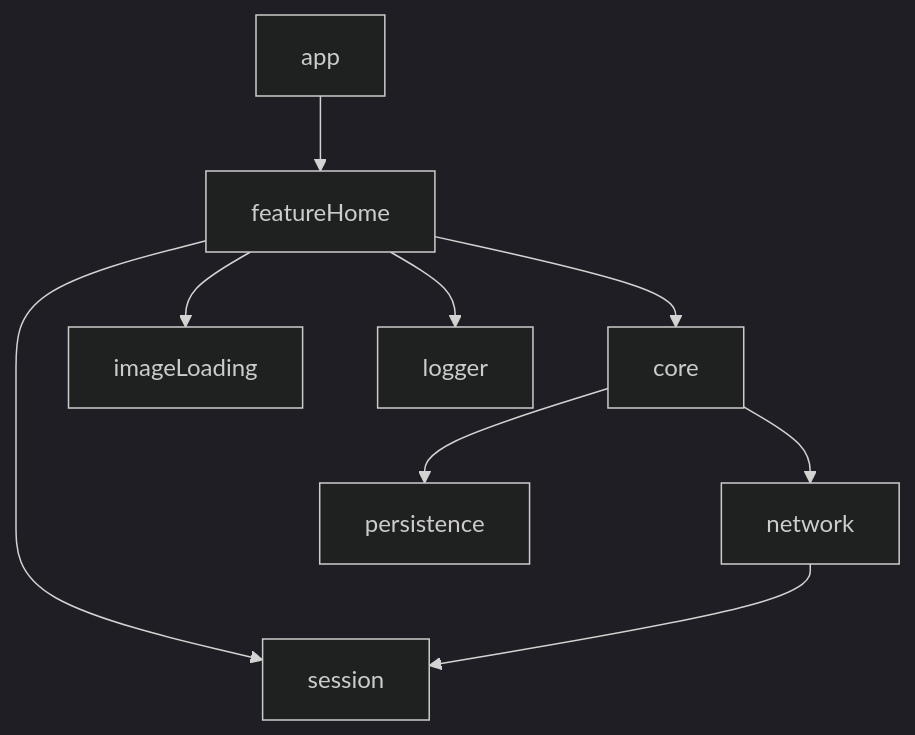
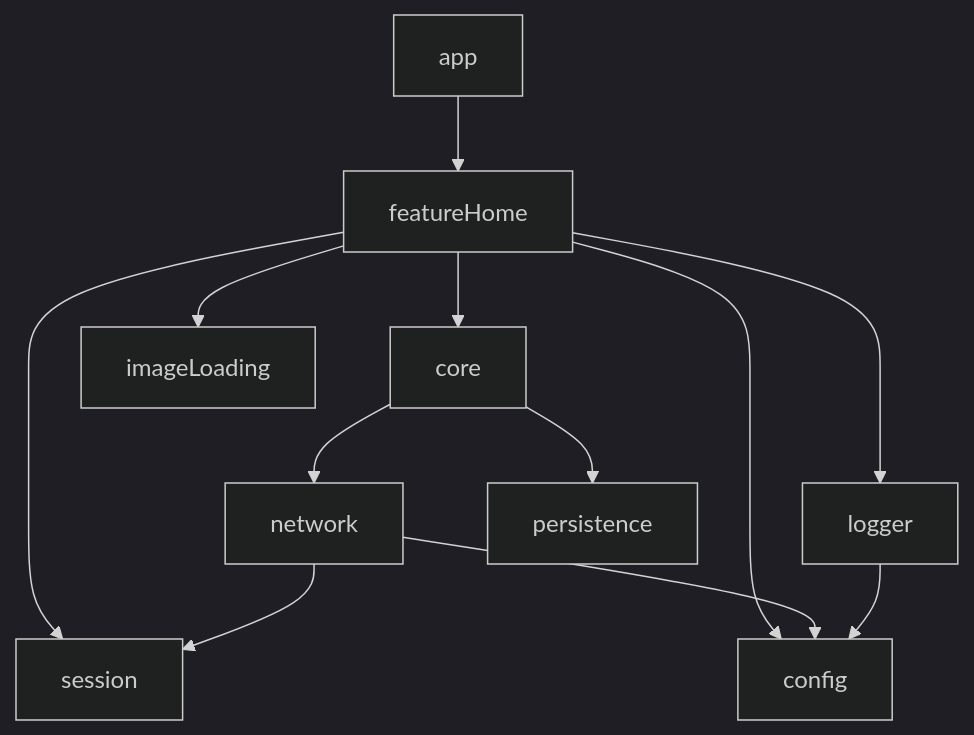
One commit to tapptitude/AndroidKotlinMVVMTemplate changed the diagram in README.md. Above: the diagram before and after it, drawn with Mermaid (dark theme). The commit also changed other lines of this file, not shown here.

Commit message:
[#11] Updated modules details and graph.

````diff
--- a/README.md
+++ b/README.md
@@ -62,11 +62,14 @@
 ```mermaid
     graph TD;
         app-->featureHome;
         featureHome-->core;
         featureHome-->session;
         featureHome-->imageLoading;
         featureHome-->logger;
+        featureHome-->config;
         core-->network;
         core-->persistence;
         network-->session;
+        network-->config;
+        logger-->config;
 ```
````
